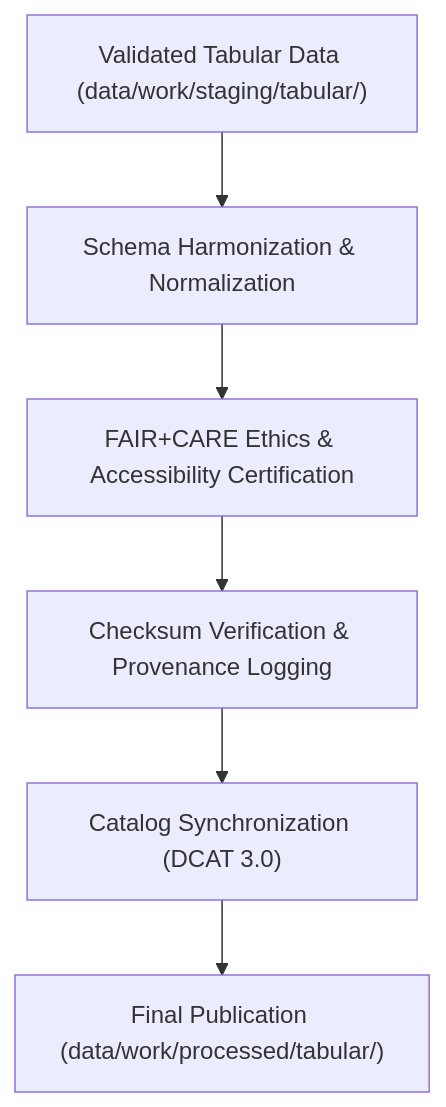
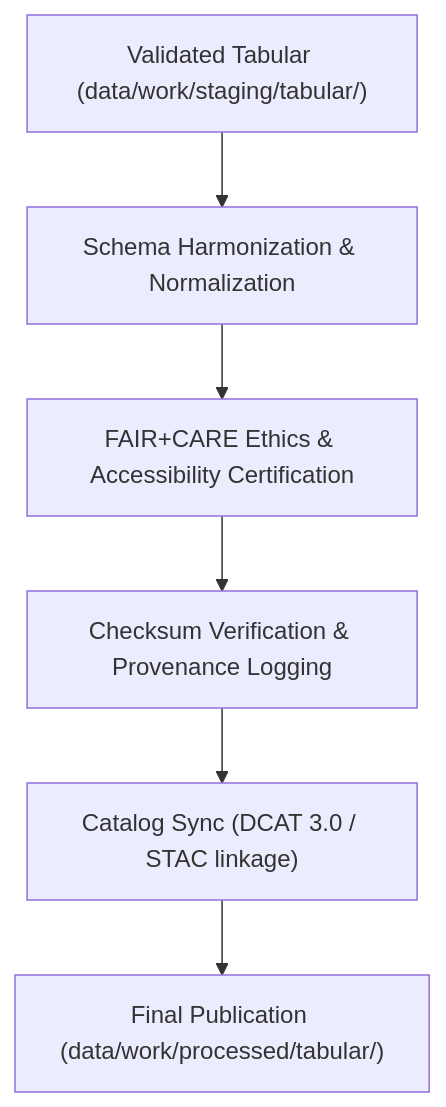
One commit to bartytime4life/Kansas-Frontier-Matrix changed the diagram in data/work/processed/tabular/README.md. Above: the diagram before and after it, drawn with Mermaid. The commit also changed other lines of this file, not shown here.

````diff
--- a/data/work/processed/tabular/README.md
+++ b/data/work/processed/tabular/README.md
@@ -63,8 +65,8 @@
 ```mermaid
 flowchart TD
-    A["Validated Tabular Data (data/work/staging/tabular/)"] --> B["Schema Harmonization & Normalization"]
+    A["Validated Tabular (data/work/staging/tabular/)"] --> B["Schema Harmonization & Normalization"]
     B --> C["FAIR+CARE Ethics & Accessibility Certification"]
     C --> D["Checksum Verification & Provenance Logging"]
-    D --> E["Catalog Synchronization (DCAT 3.0)"]
+    D --> E["Catalog Sync (DCAT 3.0 / STAC linkage)"]
     E --> F["Final Publication (data/work/processed/tabular/)"]
 ```
````
